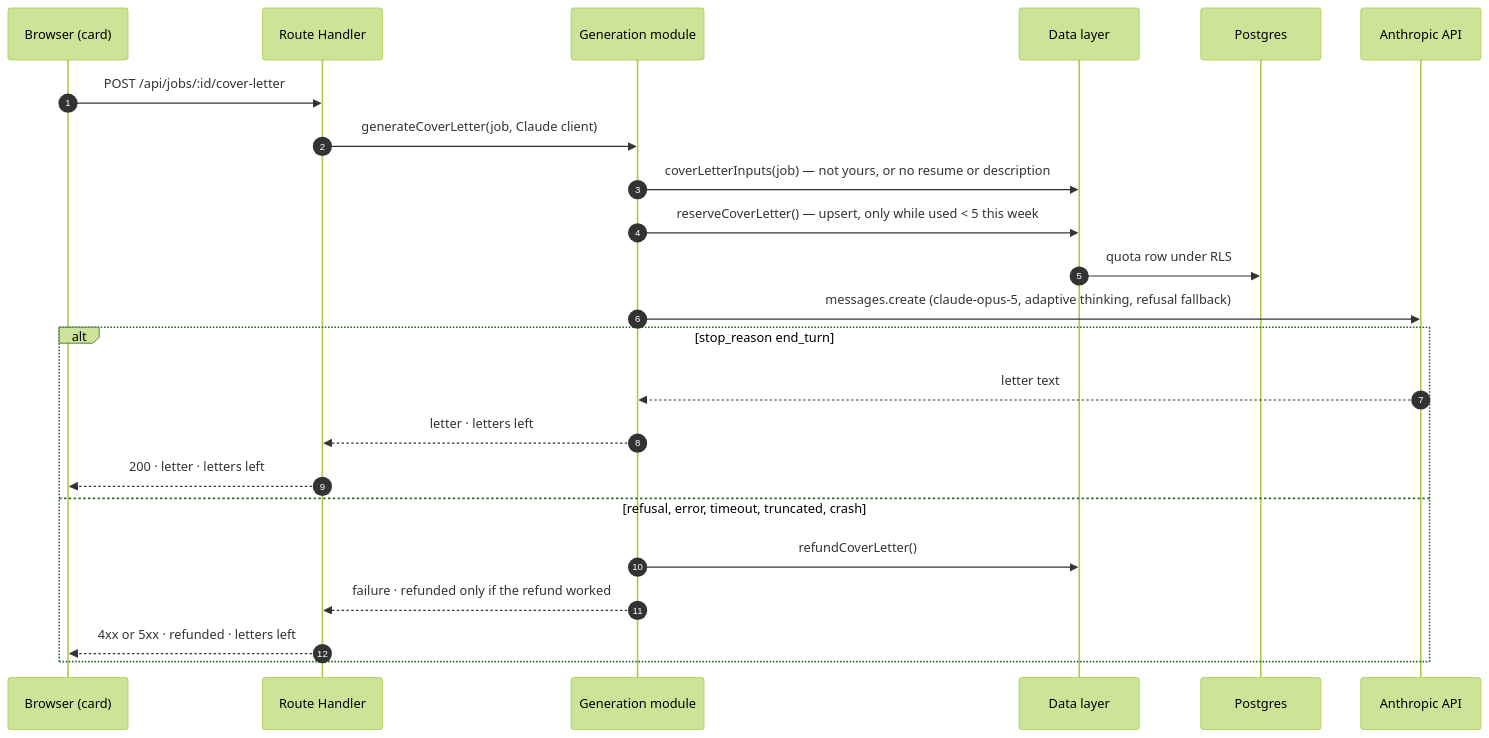
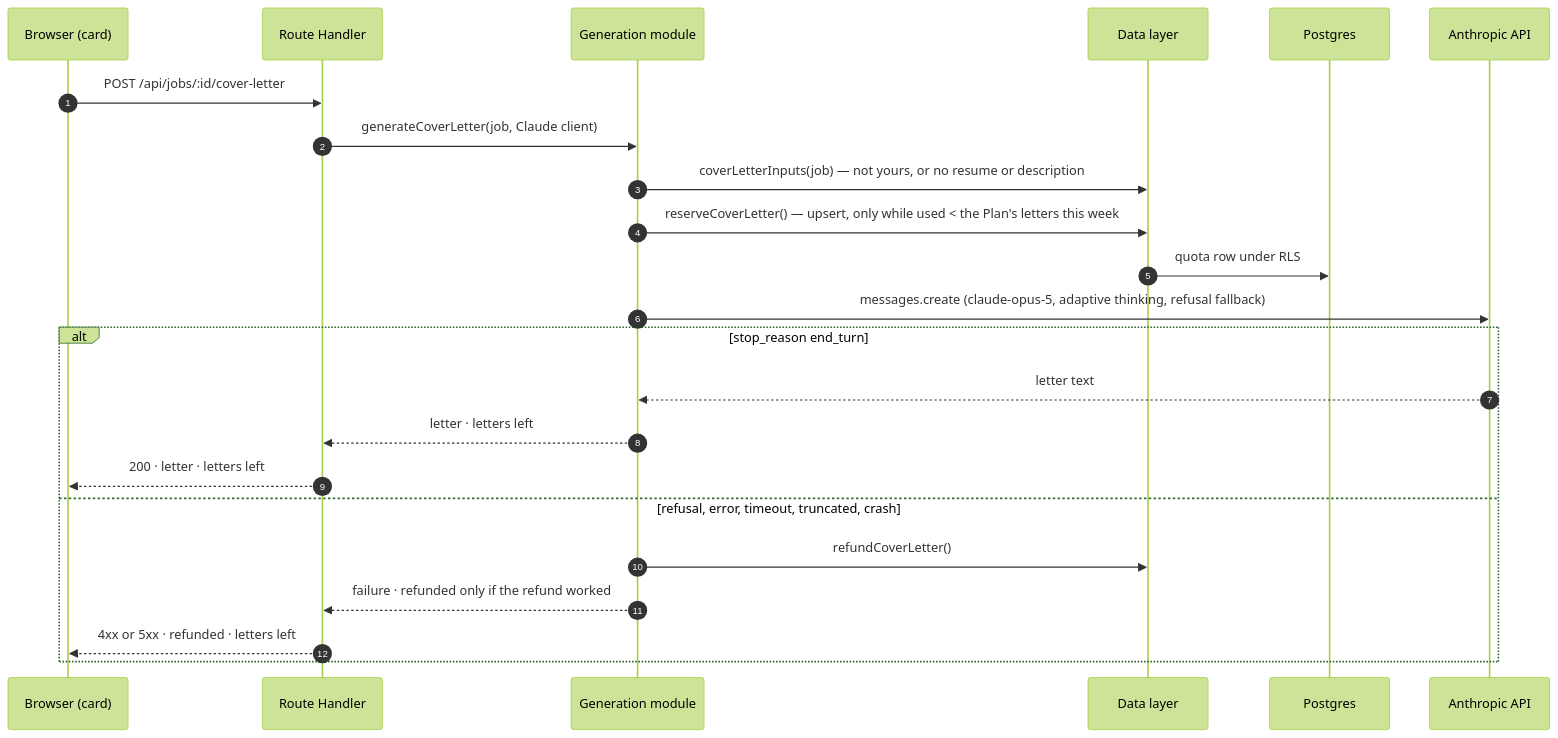
Before and after one commit to craigblunden/trailhead: the fifth of 6 diagrams in docs/architecture.md, drawn with Mermaid (forest theme). The commit also changed other lines of this file and 17 other files, not shown here.

````diff
--- a/docs/architecture.md
+++ b/docs/architecture.md
@@ -147,26 +147,26 @@
 ```mermaid
 sequenceDiagram
   autonumber
   participant B as Browser (card)
   participant R as Route Handler
   participant G as Generation module
   participant D as Data layer
   participant PG as Postgres
   participant C as Anthropic API
 
   B->>R: POST /api/jobs/:id/cover-letter
   R->>G: generateCoverLetter(job, Claude client)
   G->>D: coverLetterInputs(job) — not yours, or no resume or description
-  G->>D: reserveCoverLetter() — upsert, only while used < 5 this week
+  G->>D: reserveCoverLetter() — upsert, only while used < the Plan's letters this week
   D->>PG: quota row under RLS
   G->>C: messages.create (claude-opus-5, adaptive thinking, refusal fallback)
   alt stop_reason end_turn
     C-->>G: letter text
     G-->>R: letter · letters left
     R-->>B: 200 · letter · letters left
   else refusal, error, timeout, truncated, crash
     G->>D: refundCoverLetter()
     G-->>R: failure · refunded only if the refund worked
     R-->>B: 4xx or 5xx · refunded · letters left
   end
 ```
````
